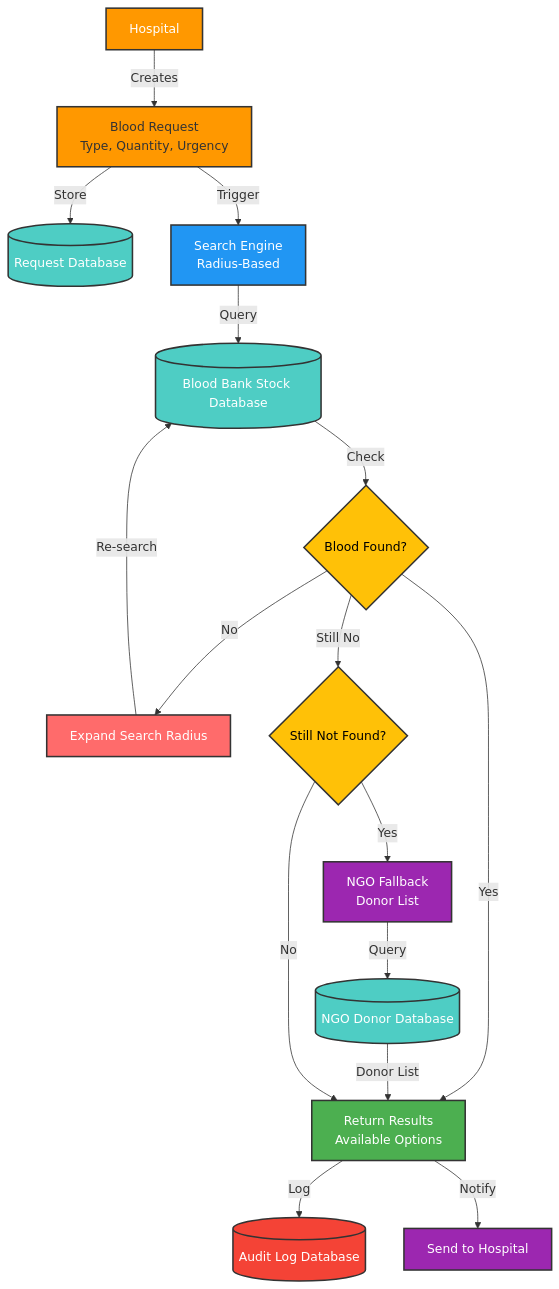
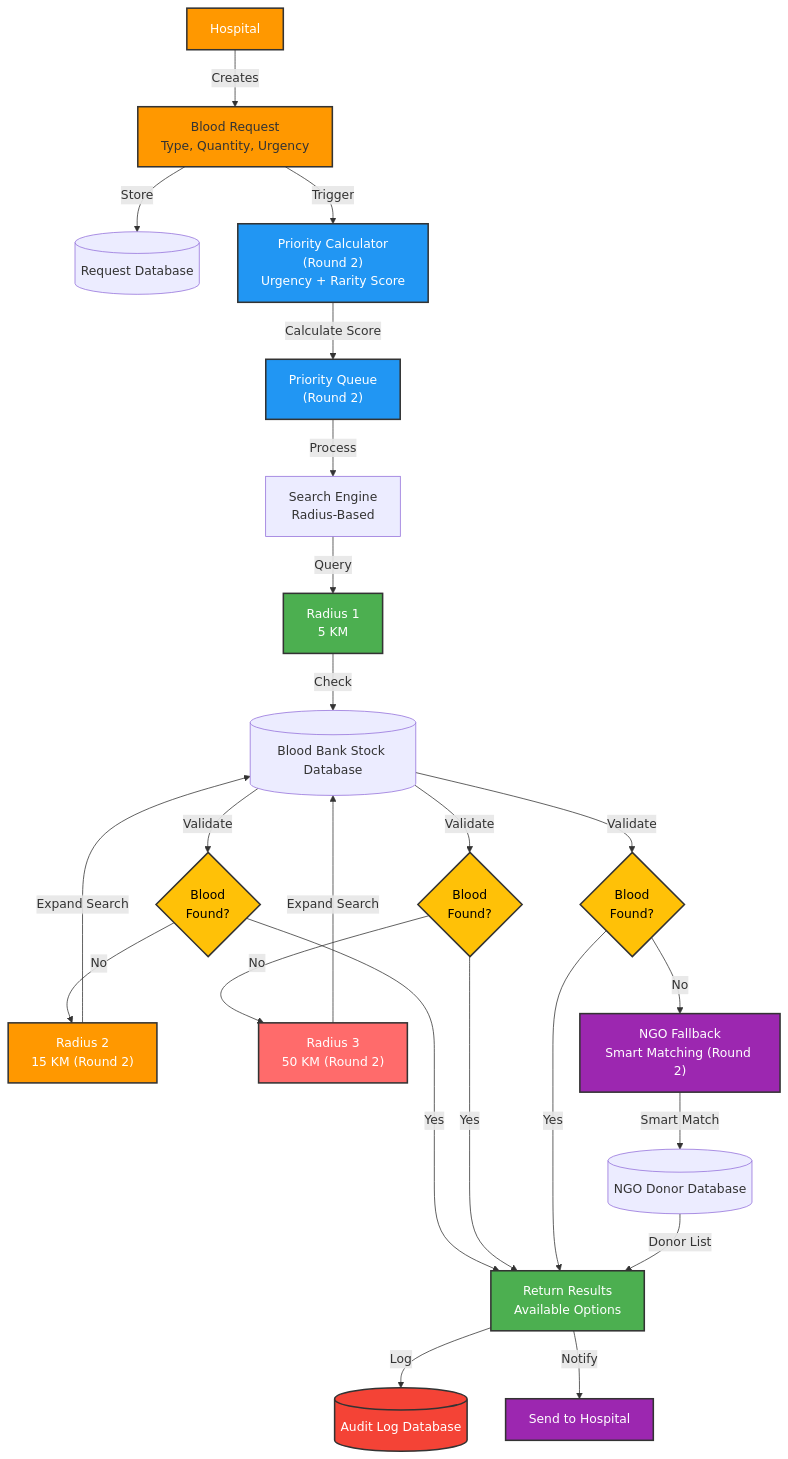
One commit to VasaraSujal/Hack_The_Winter changed the fourth of 9 diagrams in Main Documentation/SYSTEM_FLOW.md. Above: the diagram before and after it, drawn with Mermaid. The commit also changed other lines of this file and 2 other files, not shown here.

Commit message:
update readme files

````diff
--- a/Main Documentation/SYSTEM_FLOW.md
+++ b/Main Documentation/SYSTEM_FLOW.md
@@ -105,53 +105,70 @@
 ```mermaid
 graph TB
     Hospital["Hospital"]
     ReqForm["Blood Request<br/>Type, Quantity, Urgency"]
     ReqDB[("Request Database")]
+    
+    Priority["Priority Calculator<br/>(Round 2)<br/>Urgency + Rarity Score"]
+    Queue["Priority Queue<br/>(Round 2)"]
     Search["Search Engine<br/>Radius-Based"]
     BBStock[("Blood Bank Stock Database")]
     
-    Check{"Blood Found?"}
-    Expand["Expand Search Radius"]
+    R1["Radius 1<br/>5 KM"]
+    Check1{"Blood<br/>Found?"}
+    R2["Radius 2<br/>15 KM (Round 2)"]
+    Check2{"Blood<br/>Found?"}
+    R3["Radius 3<br/>50 KM (Round 2)"]
+    Check3{"Blood<br/>Found?"}
     
-    NGOCheck{"Still Not Found?"}
-    NGOFallback["NGO Fallback<br/>Donor List"]
+    NGOFallback["NGO Fallback<br/>Smart Matching (Round 2)"]
     NGODb[("NGO Donor Database")]
     
     Result["Return Results<br/>Available Options"]
     AuditLog[("Audit Log Database")]
     Notification["Send to Hospital"]
     
     Hospital -->|Creates| ReqForm
     ReqForm -->|Store| ReqDB
-    ReqForm -->|Trigger| Search
+    ReqForm -->|Trigger| Priority
     
-    Search -->|Query| BBStock
-    BBStock -->|Check| Check
+    Priority -->|Calculate Score| Queue
+    Queue -->|Process| Search
     
-    Check -->|Yes| Result
-    Check -->|No| Expand
+    Search -->|Query| R1
+    R1 -->|Check| BBStock
+    BBStock -->|Validate| Check1
     
-    Expand -->|Re-search| BBStock
-    Check -->|Still No| NGOCheck
-    NGOCheck -->|Yes| NGOFallback
-    NGOFallback -->|Query| NGODb
+    Check1 -->|Yes| Result
+    Check1 -->|No| R2
+    
+    R2 -->|Expand Search| BBStock
+    BBStock -->|Validate| Check2
+    Check2 -->|Yes| Result
+    Check2 -->|No| R3
+    
+    R3 -->|Expand Search| BBStock
+    BBStock -->|Validate| Check3
+    Check3 -->|Yes| Result
+    Check3 -->|No| NGOFallback
+    
+    NGOFallback -->|Smart Match| NGODb
     NGODb -->|Donor List| Result
-    NGOCheck -->|No| Result
     
     Result -->|Log| AuditLog
     Result -->|Notify| Notification
     
     style Hospital fill:#ff9800,stroke:#333,stroke-width:2px,color:#fff
     style ReqForm fill:#ff9800,stroke:#333,stroke-width:2px
-    style ReqDB fill:#4ecdc4,stroke:#333,stroke-width:2px,color:#fff
-    style Search fill:#2196f3,stroke:#333,stroke-width:2px,color:#fff
-    style BBStock fill:#4ecdc4,stroke:#333,stroke-width:2px,color:#fff
-    style Check fill:#ffc107,stroke:#333,stroke-width:2px,color:#000
-    style Expand fill:#ff6b6b,stroke:#333,stroke-width:2px,color:#fff
-    style NGOCheck fill:#ffc107,stroke:#333,stroke-width:2px,color:#000
+    style Priority fill:#2196f3,stroke:#333,stroke-width:2px,color:#fff
+    style Queue fill:#2196f3,stroke:#333,stroke-width:2px,color:#fff
+    style R1 fill:#4caf50,stroke:#333,stroke-width:2px,color:#fff
+    style R2 fill:#ff9800,stroke:#333,stroke-width:2px,color:#fff
+    style R3 fill:#ff6b6b,stroke:#333,stroke-width:2px,color:#fff
+    style Check1 fill:#ffc107,stroke:#333,stroke-width:2px,color:#000
+    style Check2 fill:#ffc107,stroke:#333,stroke-width:2px,color:#000
+    style Check3 fill:#ffc107,stroke:#333,stroke-width:2px,color:#000
     style NGOFallback fill:#9c27b0,stroke:#333,stroke-width:2px,color:#fff
-    style NGODb fill:#4ecdc4,stroke:#333,stroke-width:2px,color:#fff
     style Result fill:#4caf50,stroke:#333,stroke-width:2px,color:#fff
     style AuditLog fill:#f44336,stroke:#333,stroke-width:2px,color:#fff
     style Notification fill:#9c27b0,stroke:#333,stroke-width:2px,color:#fff
 ```
````
